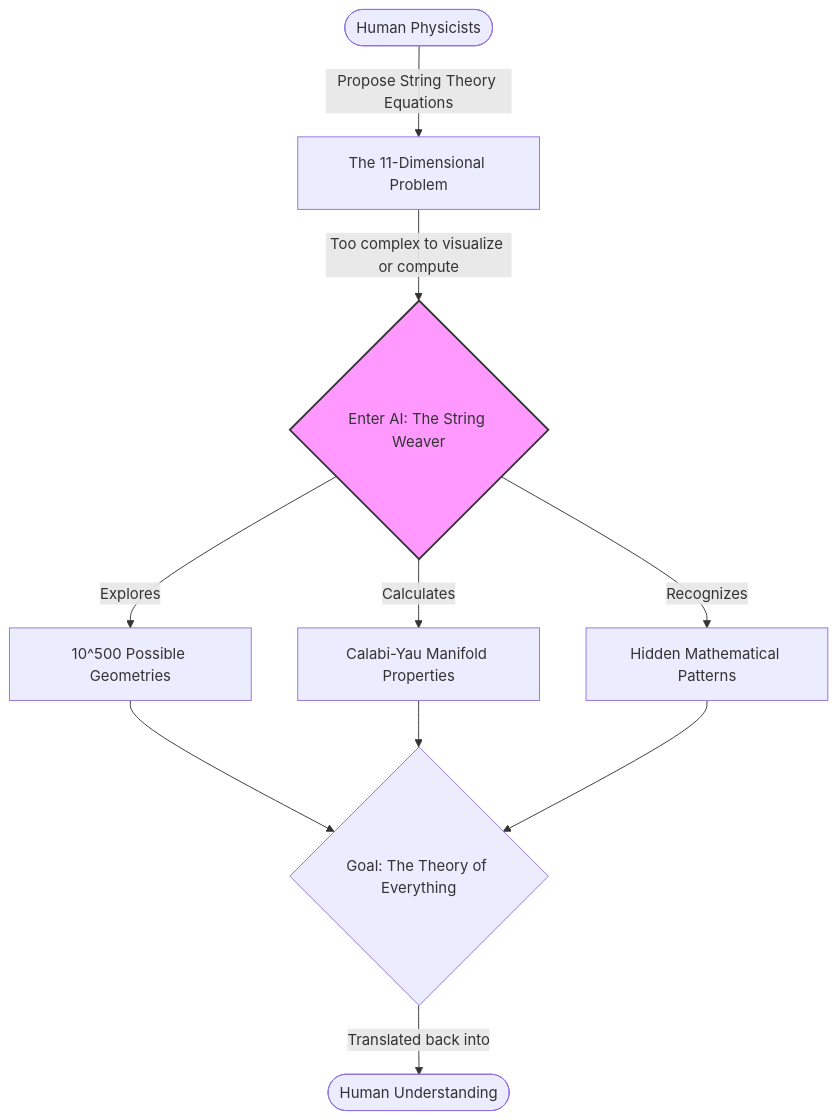
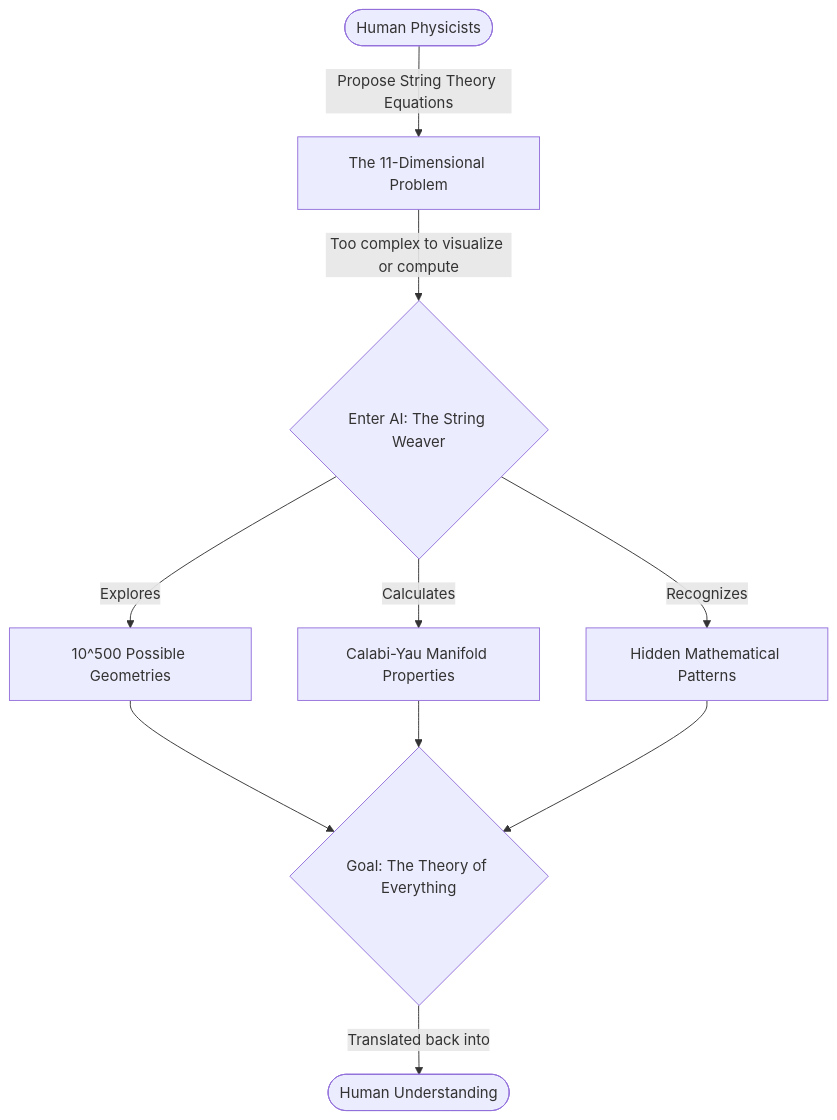
Before and after one commit to vdonthireddy/ai-knowledge-base: the diagram in line38_higher_dimensions.md, drawn with Mermaid. The commit also changed 30 other files, not shown here.

Commit message:
chore: Rename files and fix mermaid diagram styles for dark mode compatibility

````diff
--- a/line38_higher_dimensions.md
+++ b/line38_higher_dimensions.md
@@ -59,18 +59,16 @@
 ```mermaid
 flowchart TD
     A([Human Physicists]) -->|Propose String Theory Equations| B[The 11-Dimensional Problem]
     B -->|Too complex to visualize or compute| C{Enter AI: The String Weaver}
     
     C -->|Explores| D[10^500 Possible Geometries]
     C -->|Calculates| E[Calabi-Yau Manifold Properties]
     C -->|Recognizes| F[Hidden Mathematical Patterns]
     
     D --> G{Goal: The Theory of Everything}
     E --> G
     F --> G
     
     G -->|Translated back into| H([Human Understanding])
     
-    classDef ai fill:#f9f,stroke:#333,stroke-width:2px;
-    class C ai;
 ```
````
